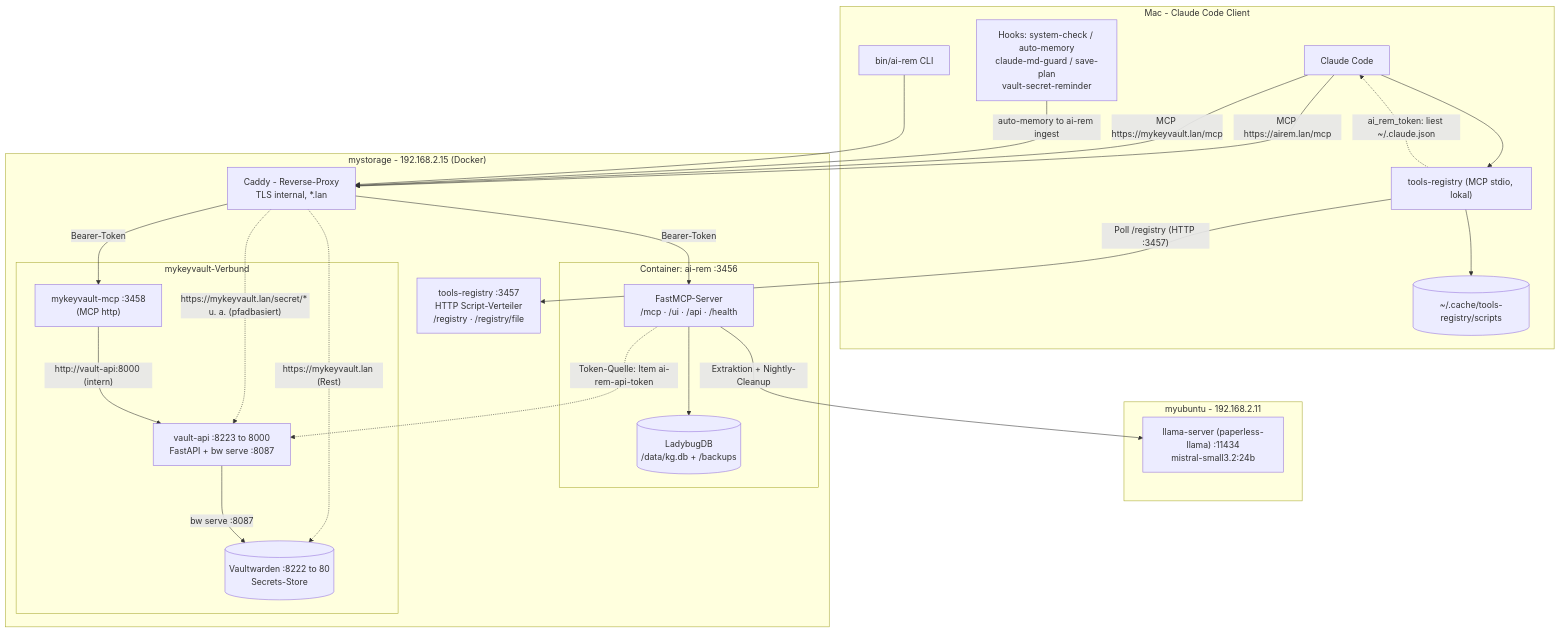
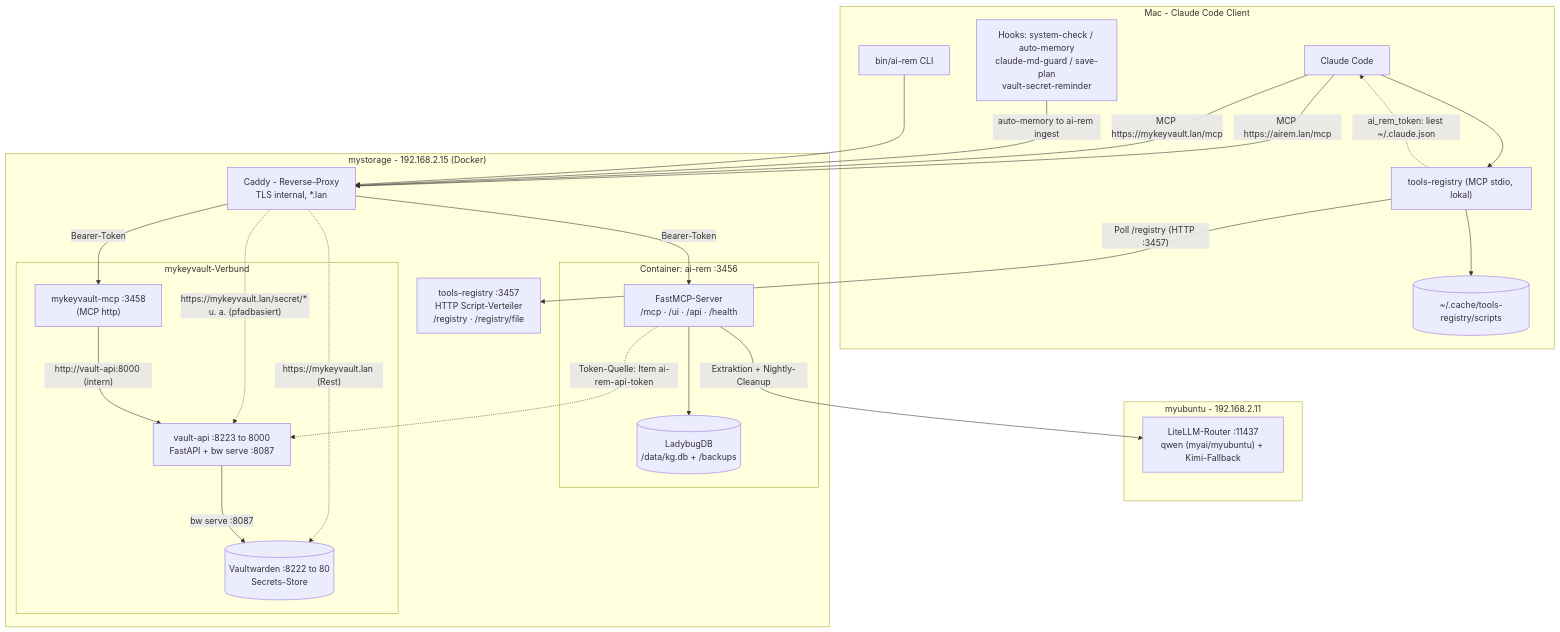
Before and after one commit to markus7h/ai-rem: the diagram in docs/architecture.md, drawn with Mermaid. The commit also changed other lines of this file and 17 other files, not shown here.

First line of the commit message:
feat: LLM-Aufrufe über den Router statt direkt gegen myai (v1.2.0) (#129)

````diff
--- a/docs/architecture.md
+++ b/docs/architecture.md
@@ -11,55 +11,55 @@
 ```mermaid
 flowchart TB
   subgraph MAC["Mac - Claude Code Client"]
     CC["Claude Code"]
     HOOKS["Hooks: system-check / auto-memory<br/>claude-md-guard / save-plan<br/>vault-secret-reminder"]
     CLI["bin/ai-rem CLI"]
     TMCP["tools-registry (MCP stdio, lokal)"]
     CACHE[("~/.cache/tools-registry/scripts")]
   end
 
   subgraph UBU["myubuntu - 192.168.2.11"]
-    OLLAMA["llama-server (paperless-llama) :11434<br/>mistral-small3.2:24b"]
+    OLLAMA["LiteLLM-Router :11437<br/>qwen (myai/myubuntu) + Kimi-Fallback"]
   end
 
   subgraph STORAGE["mystorage - 192.168.2.15 (Docker)"]
     CADDY["Caddy - Reverse-Proxy<br/>TLS internal, *.lan"]
     subgraph AIREM_C["Container: ai-rem :3456"]
       AIREM["FastMCP-Server<br/>/mcp · /ui · /api · /health"]
       LADYBUG[("LadybugDB<br/>/data/kg.db + /backups")]
     end
     subgraph KV["mykeyvault-Verbund"]
       KVMCP["mykeyvault-mcp :3458<br/>(MCP http)"]
       VAPI["vault-api :8223 to 8000<br/>FastAPI + bw serve :8087"]
       VW[("Vaultwarden :8222 to 80<br/>Secrets-Store")]
     end
     REG["tools-registry :3457<br/>HTTP Script-Verteiler<br/>/registry · /registry/file"]
   end
 
   %% MCP-Kanaele (Bearer-Token ai-rem-api-token)
   CC -- "MCP https://airem.lan/mcp" --> CADDY
   CC -- "MCP https://mykeyvault.lan/mcp" --> CADDY
   CADDY -- "Bearer-Token" --> AIREM
   CADDY -- "Bearer-Token" --> KVMCP
   CADDY -. "https://mykeyvault.lan/secret/* u. a. (pfadbasiert)" .-> VAPI
   CADDY -. "https://mykeyvault.lan (Rest)" .-> VW
 
   %% tools-registry lokal
   CC --> TMCP
   TMCP -- "Poll /registry (HTTP :3457)" --> REG
   TMCP --> CACHE
   TMCP -. "ai_rem_token: liest ~/.claude.json" .-> CC
 
   %% Hooks und CLI
   HOOKS -- "auto-memory to ai-rem ingest" --> CADDY
   CLI --> CADDY
 
   %% ai-rem Abhaengigkeiten
   AIREM --> LADYBUG
   AIREM -- "Extraktion + Nightly-Cleanup" --> OLLAMA
 
   %% Secrets-Fluss
   KVMCP -- "http://vault-api:8000 (intern)" --> VAPI
   VAPI -- "bw serve :8087" --> VW
   AIREM -. "Token-Quelle: Item ai-rem-api-token" .-> VAPI
 ```
````
